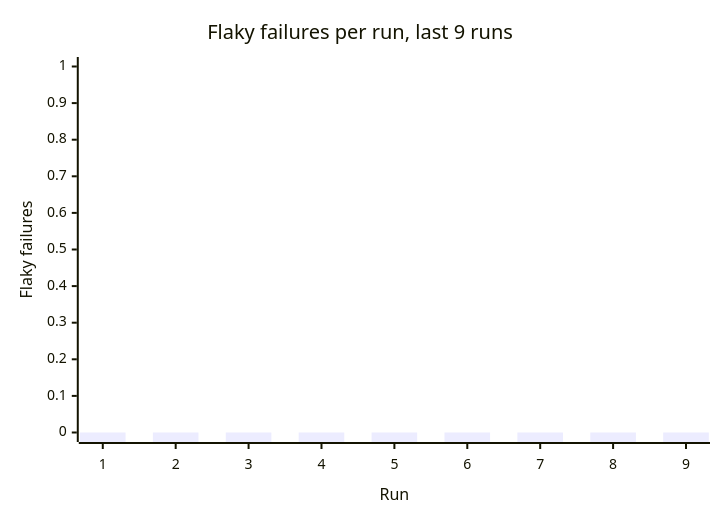
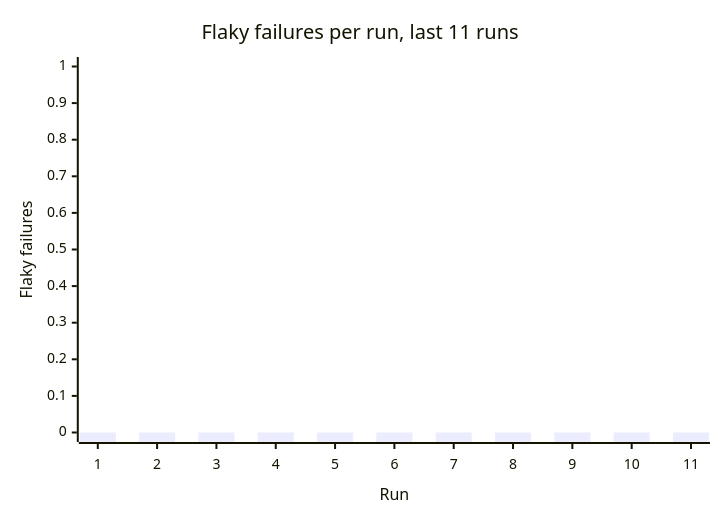
Before and after one commit to Shirojoufu/Flaky-Tests: the second of 3 diagrams in reports/summary.md, drawn with Mermaid. The commit also changed other lines of this file and 5 other files, not shown here.

````diff
--- a/reports/summary.md
+++ b/reports/summary.md
@@ -25,7 +25,7 @@
 ```mermaid
 xychart-beta
-    title "Flaky failures per run, last 9 runs"
-    x-axis "Run" [1, 2, 3, 4, 5, 6, 7, 8, 9]
+    title "Flaky failures per run, last 11 runs"
+    x-axis "Run" [1, 2, 3, 4, 5, 6, 7, 8, 9, 10, 11]
     y-axis "Flaky failures" 0 --> 1
-    bar [0, 0, 0, 0, 0, 0, 0, 0, 0]
+    bar [0, 0, 0, 0, 0, 0, 0, 0, 0, 0, 0]
 ```
````
